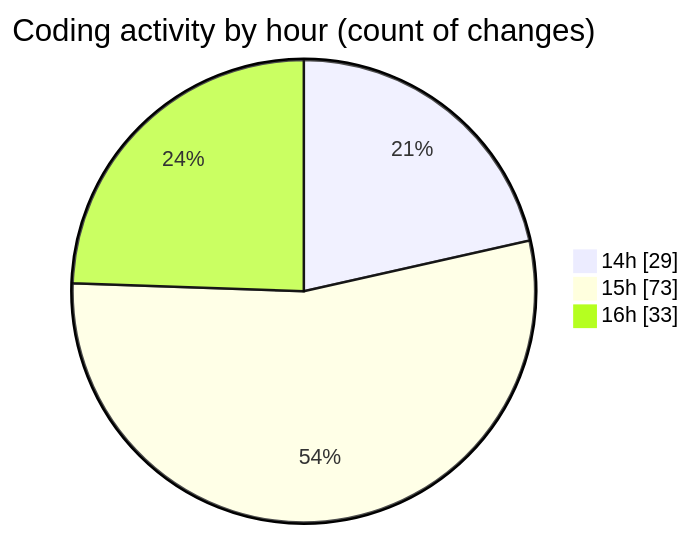
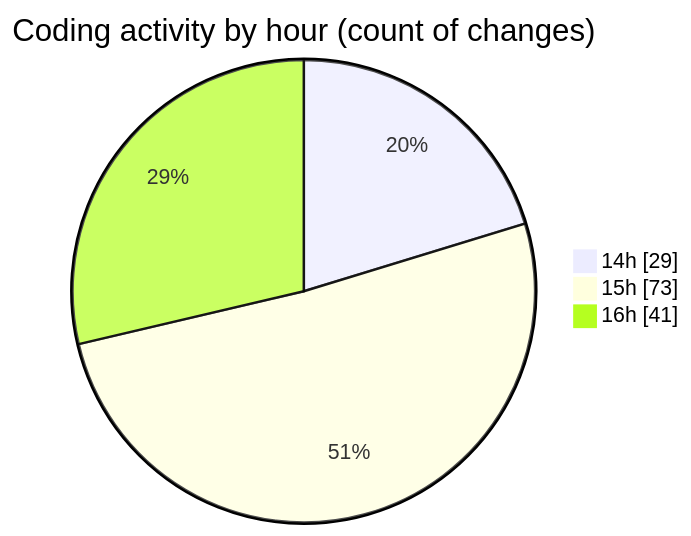
Before and after one commit to CELIANVF/code-tracking: the second of 2 diagrams in 2025-06-05/ecodeli-1/README.md, drawn with Mermaid. The commit also changed other lines of this file and 1 other file, not shown here.

````diff
--- a/2025-06-05/ecodeli-1/README.md
+++ b/2025-06-05/ecodeli-1/README.md
@@ -77,7 +79,7 @@
 ```mermaid
 pie showData
 title Coding activity by hour (count of changes)
 "14h" : 29
 "15h" : 73
-"16h" : 33
+"16h" : 41
 ```
````
